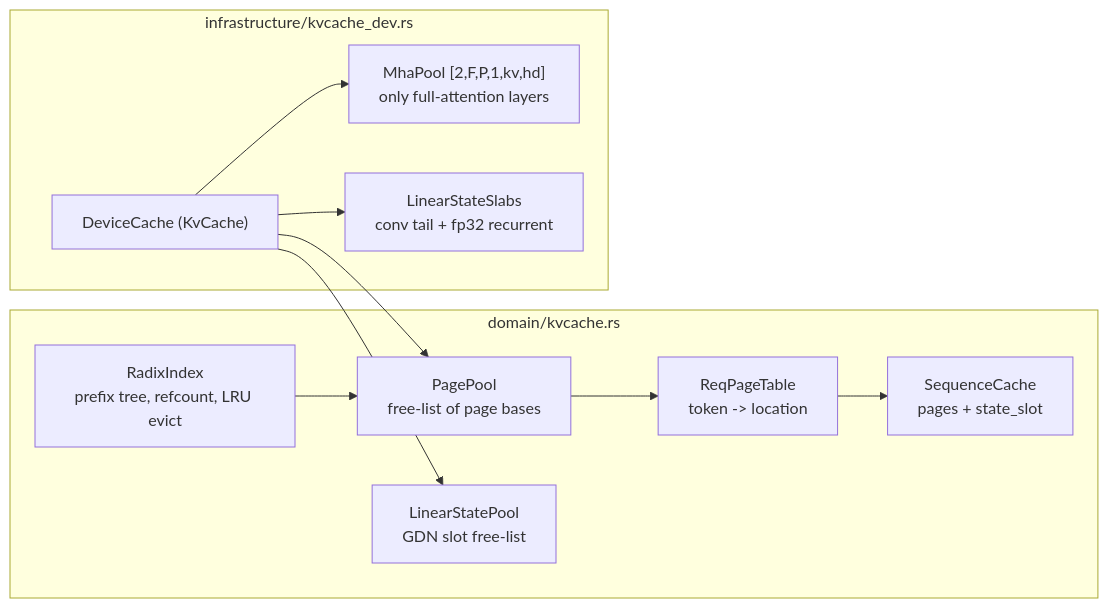
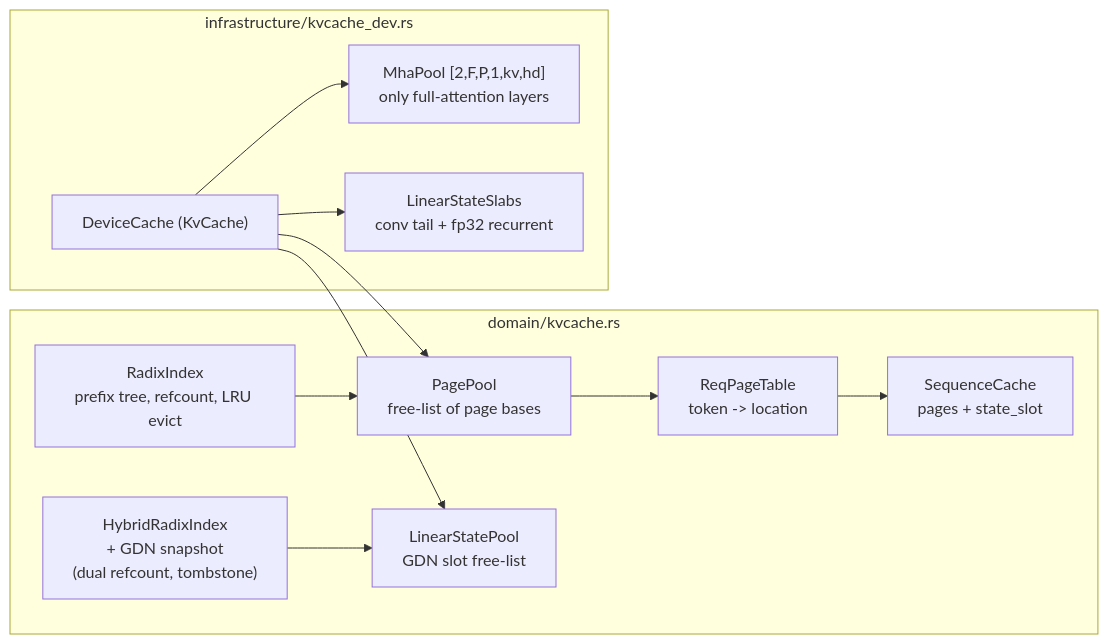
One commit to butzist/ferrum-torrens changed diagram 12 of 17 in ARCHITECTURE.md. Above: the diagram before and after it, drawn with Mermaid. The commit also changed other lines of this file and 6 other files, not shown here.

Commit message:
feat(kvcache): add hybrid-radix domain core and slot copy primitive

````diff
--- a/ARCHITECTURE.md
+++ b/ARCHITECTURE.md
@@ -493,21 +493,23 @@
 ```mermaid
 flowchart LR
   subgraph Dom["domain/kvcache.rs"]
     Pool["PagePool\nfree-list of page bases"]
     PT["ReqPageTable\ntoken -> location"]
     Radix["RadixIndex\nprefix tree, refcount, LRU evict"]
+    Hybrid["HybridRadixIndex\n+ GDN snapshot\n(dual refcount, tombstone)"]
     SP["LinearStatePool\nGDN slot free-list"]
     SC["SequenceCache\npages + state_slot"]
   end
   subgraph Dev["infrastructure/kvcache_dev.rs"]
     Mha["MhaPool [2,F,P,1,kv,hd]\nonly full-attention layers"]
     Slabs["LinearStateSlabs\nconv tail + fp32 recurrent"]
     DC["DeviceCache (KvCache)"]
   end
   DC --> Mha
   DC --> Slabs
   DC --> Pool
   DC --> SP
   Pool --> PT --> SC
   Radix --> Pool
+  Hybrid --> SP
 ```
````
